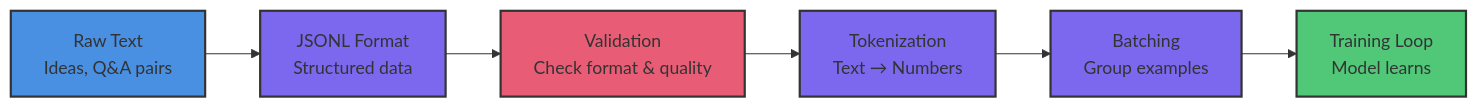
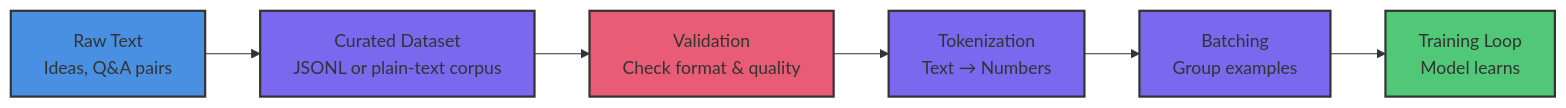
One commit to tenstorrent/tt-vscode-toolkit changed the fifth of 5 diagrams in content/lessons/ct2-dataset-fundamentals.md. Above: the diagram before and after it, drawn with Mermaid. The commit also changed other lines of this file and 39 other files, not shown here.

````diff
--- a/content/lessons/ct2-dataset-fundamentals.md
+++ b/content/lessons/ct2-dataset-fundamentals.md
@@ -622,15 +686,15 @@
 ```mermaid
 graph LR
-    A[Raw Text<br/>Ideas, Q&A pairs] --> B[JSONL Format<br/>Structured data]
+    A[Raw Text<br/>Ideas, Q&A pairs] --> B[Curated Dataset<br/>JSONL or plain-text corpus]
     B --> C[Validation<br/>Check format & quality]
     C --> D[Tokenization<br/>Text → Numbers]
     D --> E[Batching<br/>Group examples]
     E --> F[Training Loop<br/>Model learns]
 
     style A fill:#4A90E2,stroke:#333,stroke-width:2px
     style B fill:#7B68EE,stroke:#333,stroke-width:2px
     style C fill:#E85D75,stroke:#333,stroke-width:2px
     style D fill:#7B68EE,stroke:#333,stroke-width:2px
     style E fill:#7B68EE,stroke:#333,stroke-width:2px
     style F fill:#50C878,stroke:#333,stroke-width:2px
 ```
````
